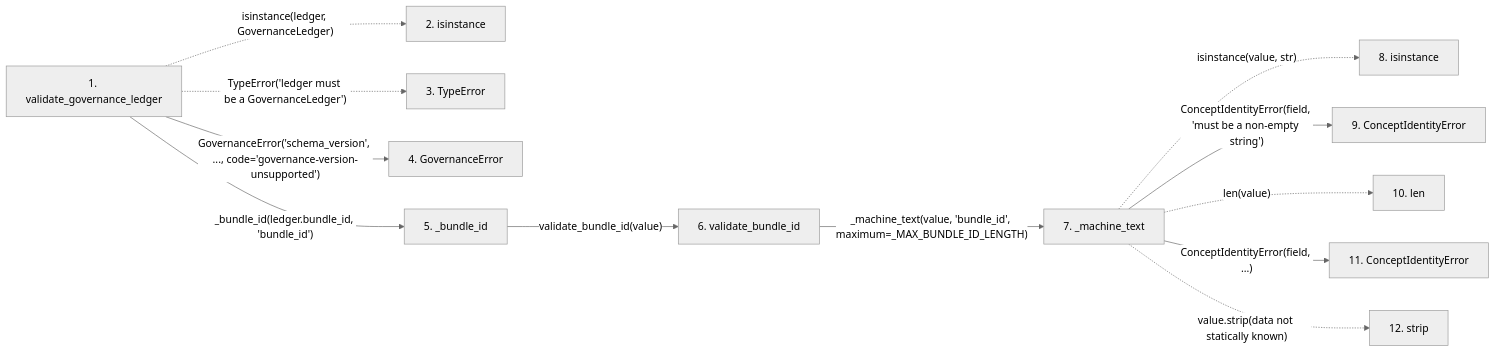
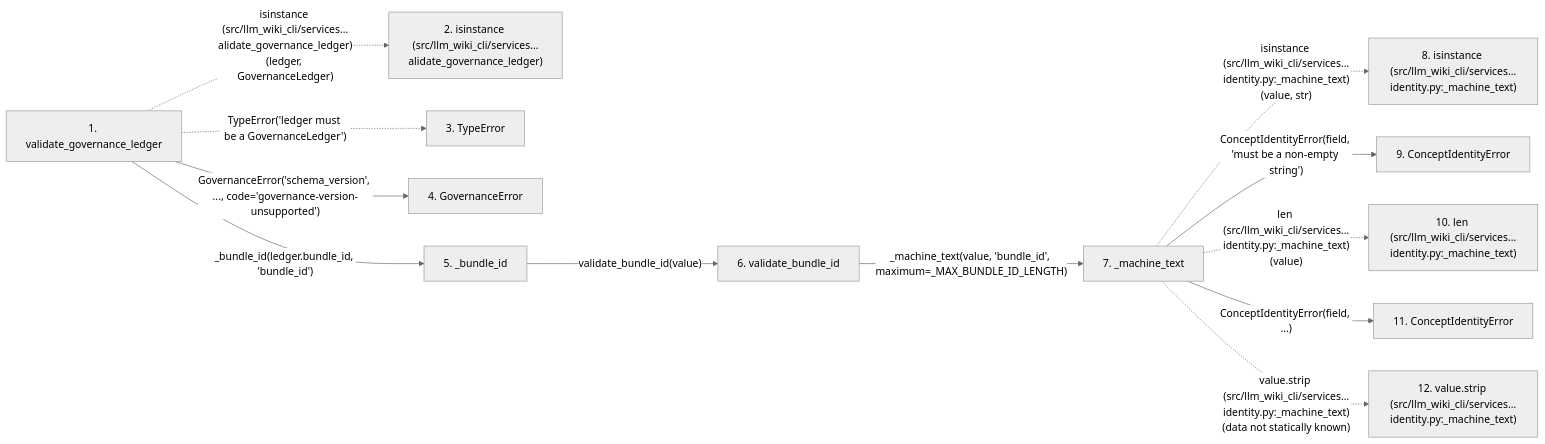
One commit to Denissvgn/python-wiki-llm changed the second of 2 diagrams in docs/llm_wiki/flows/api-validate_governance_ledger.md. Above: the diagram before and after it, drawn with Mermaid (neutral theme). The commit also changed other lines of this file and 719 other files, not shown here.

````diff
--- a/docs/llm_wiki/flows/api-validate_governance_ledger.md
+++ b/docs/llm_wiki/flows/api-validate_governance_ledger.md
@@ -81,33 +83,33 @@
 ```mermaid
 flowchart LR
     s1["1. validate_governance_ledger"]
-    s2["2. isinstance"]
+    s2["2. isinstance (src/llm_wiki_cli/services…alidate_governance_ledger)"]
     s3["3. TypeError"]
     s4["4. GovernanceError"]
     s5["5. _bundle_id"]
     s6["6. validate_bundle_id"]
     s7["7. _machine_text"]
-    s8["8. isinstance"]
+    s8["8. isinstance (src/llm_wiki_cli/services…identity.py:_machine_text)"]
     s9["9. ConceptIdentityError"]
-    s10["10. len"]
+    s10["10. len (src/llm_wiki_cli/services…identity.py:_machine_text)"]
     s11["11. ConceptIdentityError"]
-    s12["12. strip"]
-    s1 -. "isinstance(ledger, GovernanceLedger)" .-> s2
+    s12["12. value.strip (src/llm_wiki_cli/services…identity.py:_machine_text)"]
+    s1 -. "isinstance (src/llm_wiki_cli/services…alidate_governance_ledger)(ledger, GovernanceLedger)" .-> s2
     s1 -. "TypeError('ledger must be a GovernanceLedger')" .-> s3
     s1 -->|"GovernanceError('schema_version', ..., code='governance-version-unsupported')"| s4
     s1 -->|"_bundle_id(ledger.bundle_id, 'bundle_id')"| s5
     s5 -->|"validate_bundle_id(value)"| s6
     s6 -->|"_machine_text(value, 'bundle_id', maximum=_MAX_BUNDLE_ID_LENGTH)"| s7
-    s7 -. "isinstance(value, str)" .-> s8
+    s7 -. "isinstance (src/llm_wiki_cli/services…identity.py:_machine_text)(value, str)" .-> s8
     s7 -->|"ConceptIdentityError(field, 'must be a non-empty string')"| s9
-    s7 -. "len(value)" .-> s10
+    s7 -. "len (src/llm_wiki_cli/services…identity.py:_machine_text)(value)" .-> s10
     s7 -->|"ConceptIdentityError(field, ...)"| s11
-    s7 -. "value.strip(data not statically known)" .-> s12
+    s7 -. "value.strip (src/llm_wiki_cli/services…identity.py:_machine_text)(data not statically known)" .-> s12
     click s1 "../modules/knowledge_governance.md"
     click s4 "../modules/knowledge_governance.md"
     click s5 "../modules/knowledge_governance.md"
     click s6 "../modules/concept_identity.md"
     click s7 "../modules/concept_identity.md"
     click s9 "../modules/concept_identity.md"
     click s11 "../modules/concept_identity.md"
 ```
````
